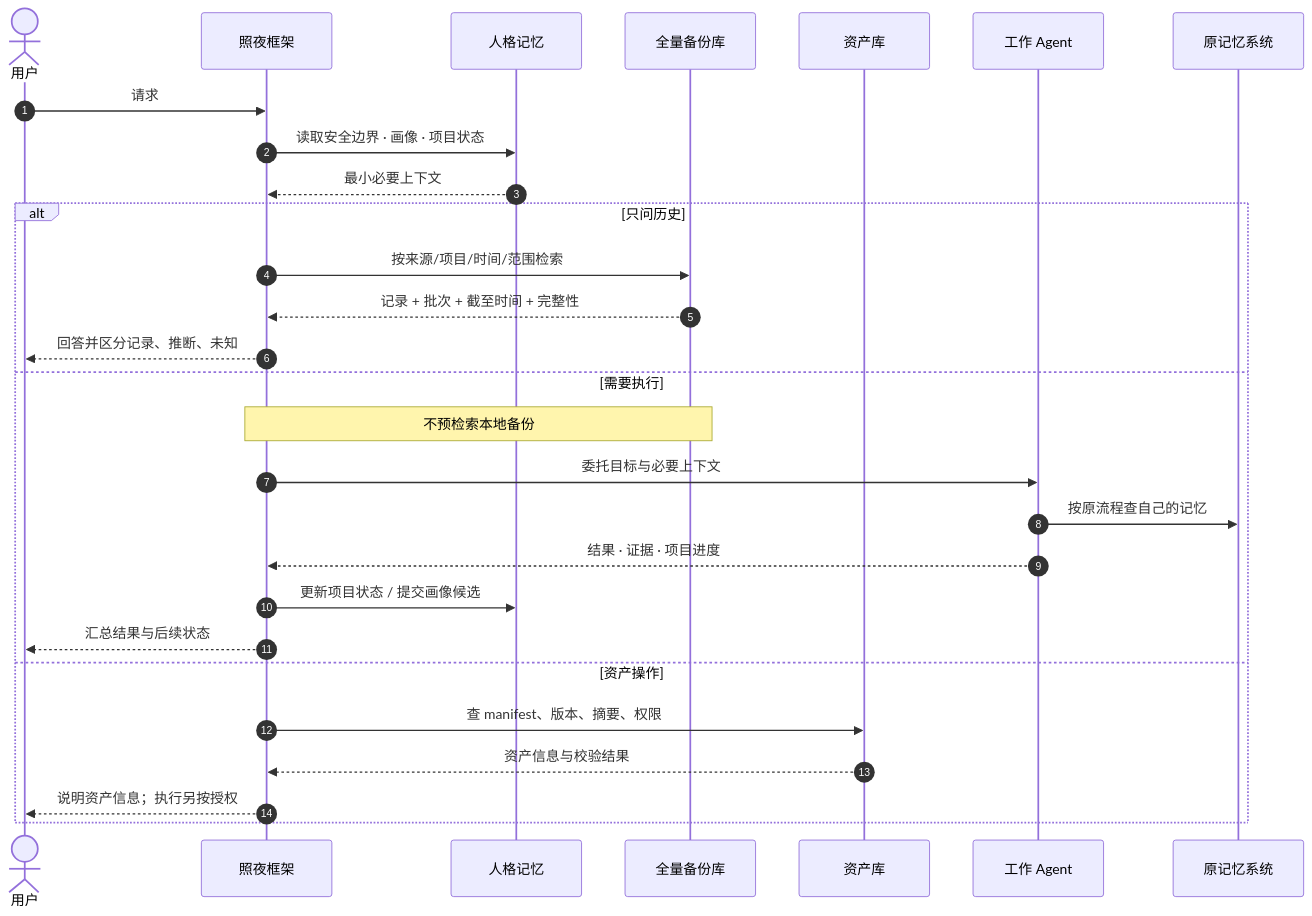
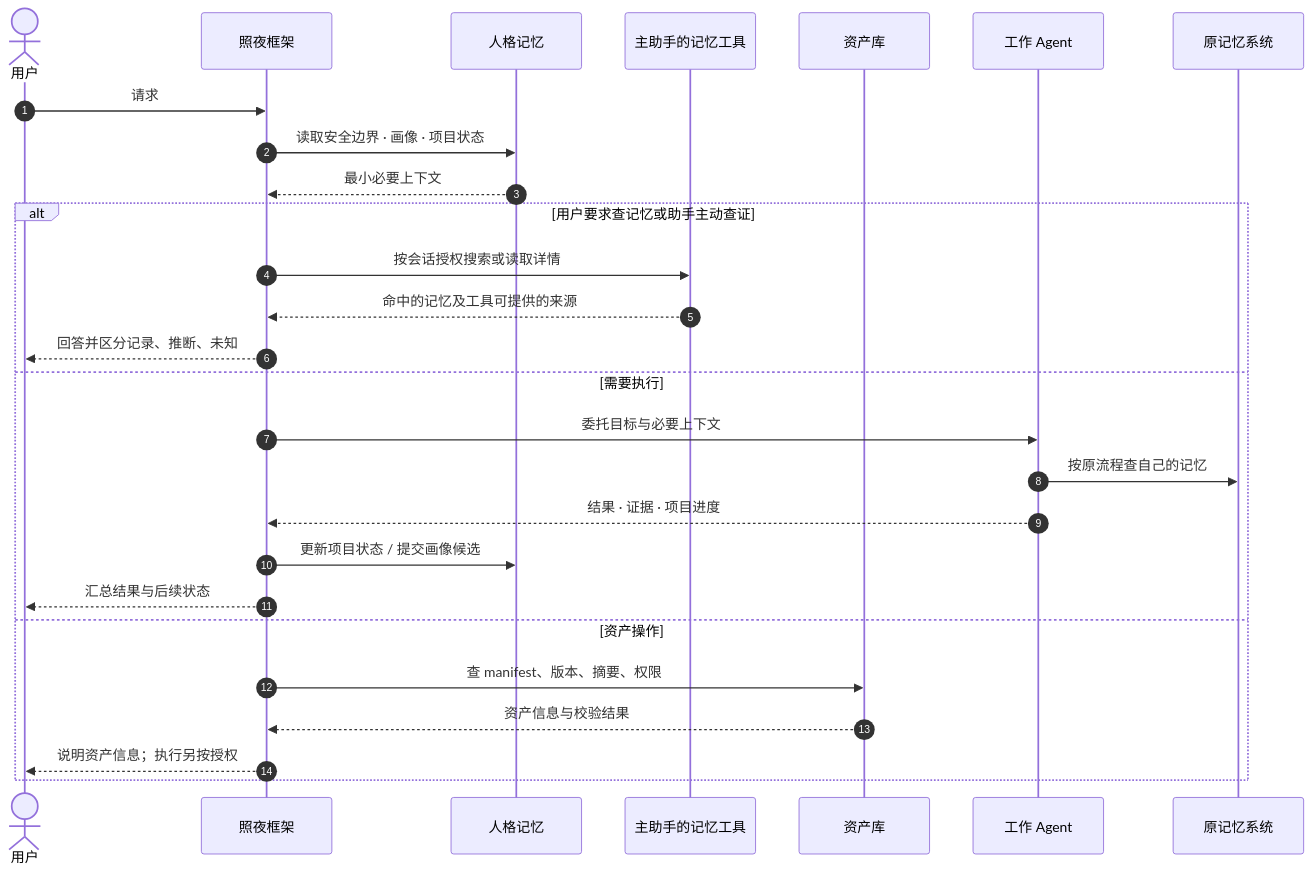
One commit to yuan-aaas/zhaoye-mem changed the second of 2 diagrams in docs/01-架构基线.md. Above: the diagram before and after it, drawn with Mermaid. The commit also changed other lines of this file and 6 other files, not shown here.

````diff
--- a/docs/01-架构基线.md
+++ b/docs/01-架构基线.md
@@ -119,31 +124,30 @@
 ```mermaid
 sequenceDiagram
     autonumber
     actor U as 用户
     participant F as 照夜框架
     participant I as 人格记忆
-    participant B as 全量备份库
+    participant T as 主助手的记忆工具
     participant A as 资产库
     participant W as 工作 Agent
     participant M as 原记忆系统
 
     U->>F: 请求
     F->>I: 读取安全边界 · 画像 · 项目状态
     I-->>F: 最小必要上下文
-    alt 只问历史
-        F->>B: 按来源/项目/时间/范围检索
-        B-->>F: 记录 + 批次 + 截至时间 + 完整性
+    alt 用户要求查记忆或助手主动查证
+        F->>T: 按会话授权搜索或读取详情
+        T-->>F: 命中的记忆及工具可提供的来源
         F-->>U: 回答并区分记录、推断、未知
     else 需要执行
-        Note over F,B: 不预检索本地备份
         F->>W: 委托目标与必要上下文
         W->>M: 按原流程查自己的记忆
         W-->>F: 结果 · 证据 · 项目进度
         F->>I: 更新项目状态 / 提交画像候选
         F-->>U: 汇总结果与后续状态
     else 资产操作
         F->>A: 查 manifest、版本、摘要、权限
         A-->>F: 资产信息与校验结果
         F-->>U: 说明资产信息；执行另按授权
     end
 ```
````
